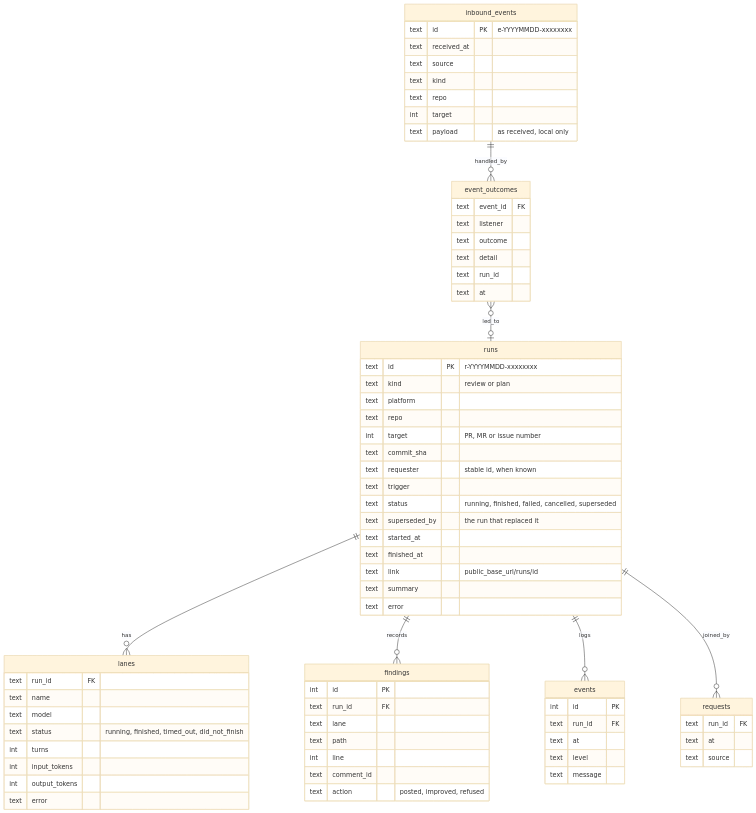
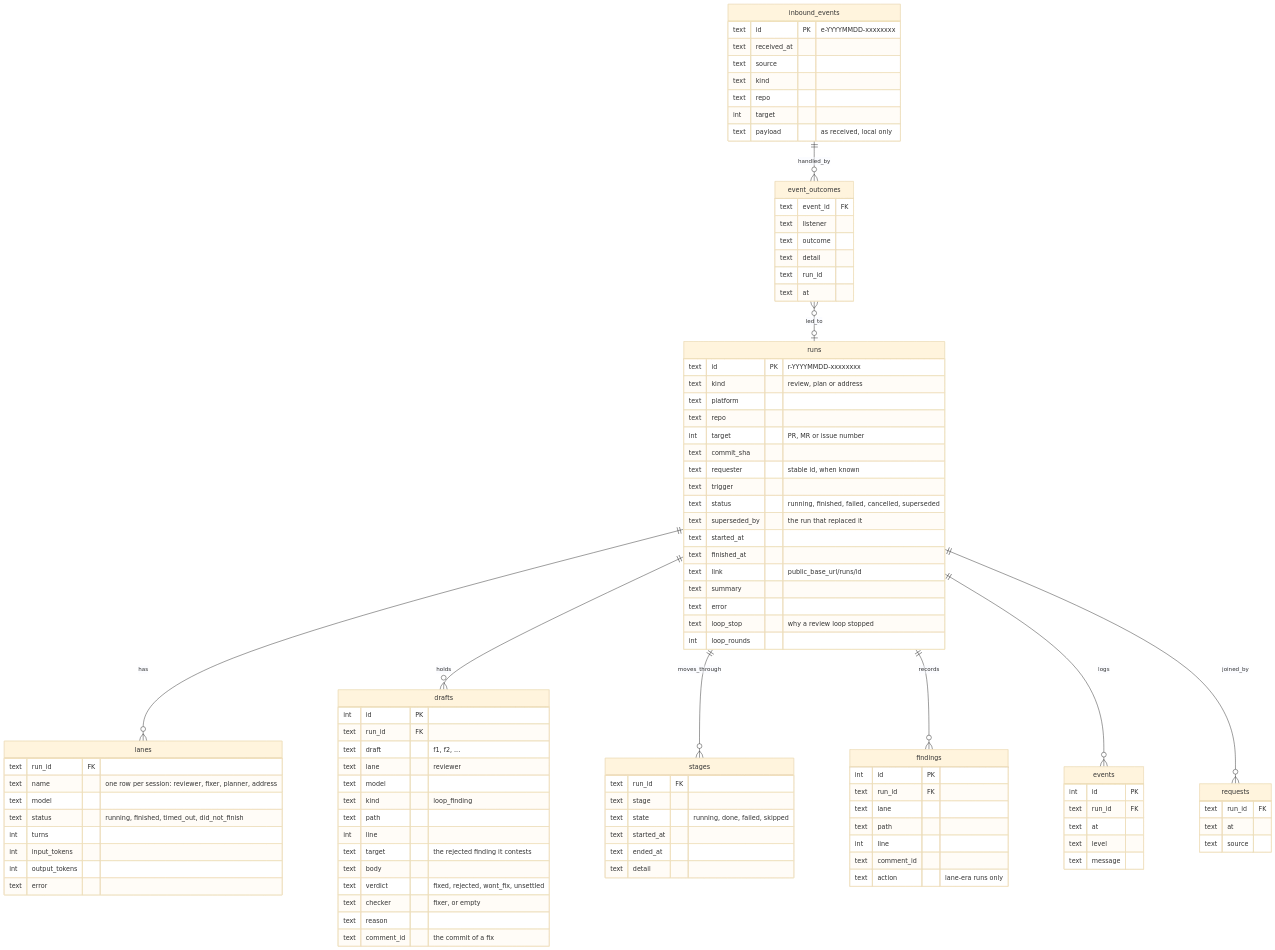
Before and after one commit to StephanMeijer/meneerhenk: the ninth of 11 diagrams in ARCHITECTURE.md, drawn with Mermaid (base theme). The commit also changed other lines of this file and 4 other files, not shown here.

First line of the commit message:
docs: the review is the reviewer↔fixer loop; lanes and the fact-check are history

````diff
--- a/ARCHITECTURE.md
+++ b/ARCHITECTURE.md
@@ -513,6 +572,8 @@
 ```mermaid
 erDiagram
     runs ||--o{ lanes : has
+    runs ||--o{ drafts : holds
+    runs ||--o{ stages : moves_through
     runs ||--o{ findings : records
     runs ||--o{ events : logs
     runs ||--o{ requests : joined_by
@@ -520,7 +581,7 @@
     event_outcomes }o--o| runs : led_to
     runs {
         text id PK "r-YYYYMMDD-xxxxxxxx"
-        text kind "review or plan"
+        text kind "review, plan or address"
         text platform
         text repo
         int target "PR, MR or issue number"
@@ -534,16 +595,42 @@
         text link "public_base_url/runs/id"
         text summary
         text error
+        text loop_stop "why a review loop stopped"
+        int loop_rounds
     }
     lanes {
         text run_id FK
-        text name
+        text name "one row per session: reviewer, fixer, planner, address"
         text model
         text status "running, finished, timed_out, did_not_finish"
         int turns
         int input_tokens
         int output_tokens
         text error
+    }
+    drafts {
+        int id PK
+        text run_id FK
+        text draft "f1, f2, ..."
+        text lane "reviewer"
+        text model
+        text kind "loop_finding"
+        text path
+        int line
+        text target "the rejected finding it contests"
+        text body
+        text verdict "fixed, rejected, wont_fix, unsettled"
+        text checker "fixer, or empty"
+        text reason
+        text comment_id "the commit of a fix"
+    }
+    stages {
+        text run_id FK
+        text stage
+        text state "running, done, failed, skipped"
+        text started_at
+        text ended_at
+        text detail
     }
     findings {
         int id PK
@@ -552,7 +639,7 @@
         text path
         int line
         text comment_id
-        text action "posted, improved, refused"
+        text action "lane-era runs only"
     }
     events {
         int id PK
````
